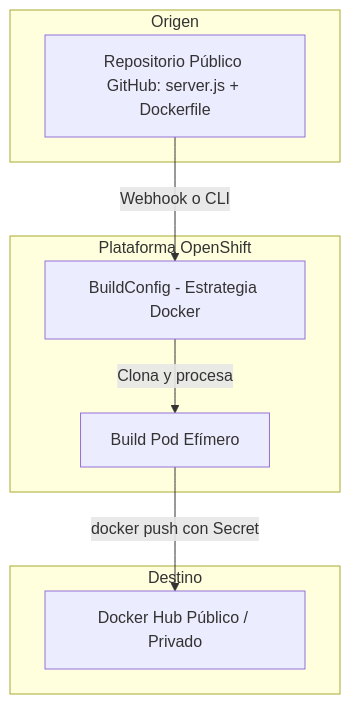
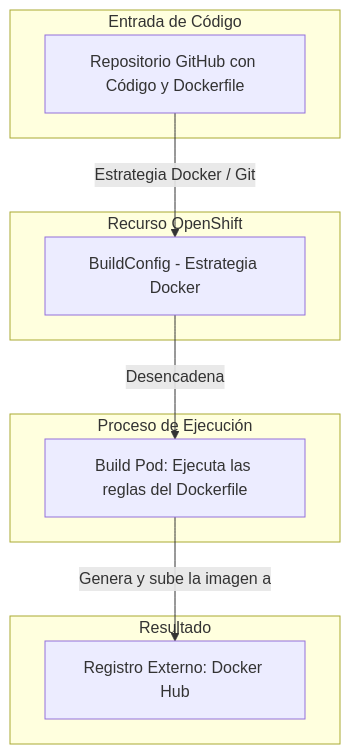
One commit to ieftraining/curso-openshift changed the second of 7 diagrams in docs/sesion4/4.5 Construir en la plataforma.md. Above: the diagram before and after it, drawn with Mermaid. The commit also changed other lines of this file, not shown here.

````diff
--- a/docs/sesion4/4.5 Construir en la plataforma.md
+++ b/docs/sesion4/4.5 Construir en la plataforma.md
@@ -46,16 +52,22 @@
 ```mermaid
 flowchart TD
-    subgraph Origen
-        GH[Repositorio Público GitHub: server.js + Dockerfile]
+    subgraph Entrada de Código
+        A[Repositorio GitHub con Código y Dockerfile] 
     end
 
-    subgraph Plataforma OpenShift
-        BC[BuildConfig - Estrategia Docker] -->|Clona y procesa| BP[Build Pod Efímero]
+    subgraph Recurso OpenShift
+        BC[BuildConfig - Estrategia Docker]
     end
 
-    subgraph Destino
-        BP -->|docker push con Secret| DH[Docker Hub Público / Privado]
+    subgraph Proceso de Ejecución
+        Build[Build Pod: Ejecuta las reglas del Dockerfile]
     end
 
-    GH -->|Webhook o CLI| BC
+    subgraph Resultado
+        RegExt[Registro Externo: Docker Hub]
+    end
+
+    A -->|Estrategia Docker / Git| BC
+    BC -->|Desencadena| Build
+    Build -->|Genera y sube la imagen a| RegExt
 ```
````
